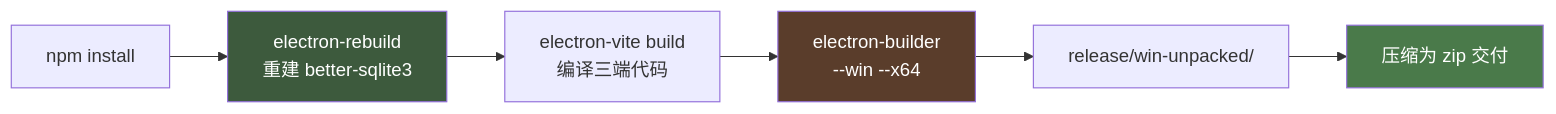
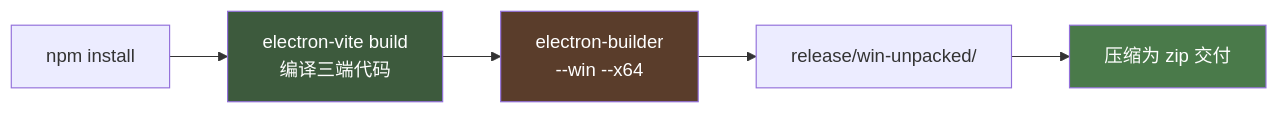
One commit to lbh1nb/BeastGame changed diagram 13 of 28 in ARCHITECTURE.md. Above: the diagram before and after it, drawn with Mermaid. The commit also changed other lines of this file and 25 other files, not shown here.

Commit message:
feat: v8 统一温和音效 + 删除音效选择功能 - 游戏内消除统一使用温和风铃音效(playGentleClickSound), 删除animalSoundMode音效模式选择, 加载界面装饰动物音效改为点击触发(playDecorAnimalSound), 连击音效仅在首次达到阈值时触发(3/5/7/10/15/20), 更新ARCHITECTURE.md和README.md

````diff
--- a/ARCHITECTURE.md
+++ b/ARCHITECTURE.md
@@ -477,12 +477,11 @@
 ```mermaid
 flowchart LR
-    A["npm install"] --> B["electron-rebuild<br/>重建 better-sqlite3"]
-    B --> C["electron-vite build<br/>编译三端代码"]
-    C --> D["electron-builder<br/>--win --x64"]
-    D --> E["release/win-unpacked/"]
-    E --> F["压缩为 zip 交付"]
+    A["npm install"] --> B["electron-vite build<br/>编译三端代码"]
+    B --> C["electron-builder<br/>--win --x64"]
+    C --> D["release/win-unpacked/"]
+    D --> E["压缩为 zip 交付"]
 
     style B fill:#3d5a3d,color:#ffffff
-    style D fill:#5a3d2b,color:#ffffff
-    style F fill:#4a7a4a,color:#ffffff
+    style C fill:#5a3d2b,color:#ffffff
+    style E fill:#4a7a4a,color:#ffffff
 ```
````
